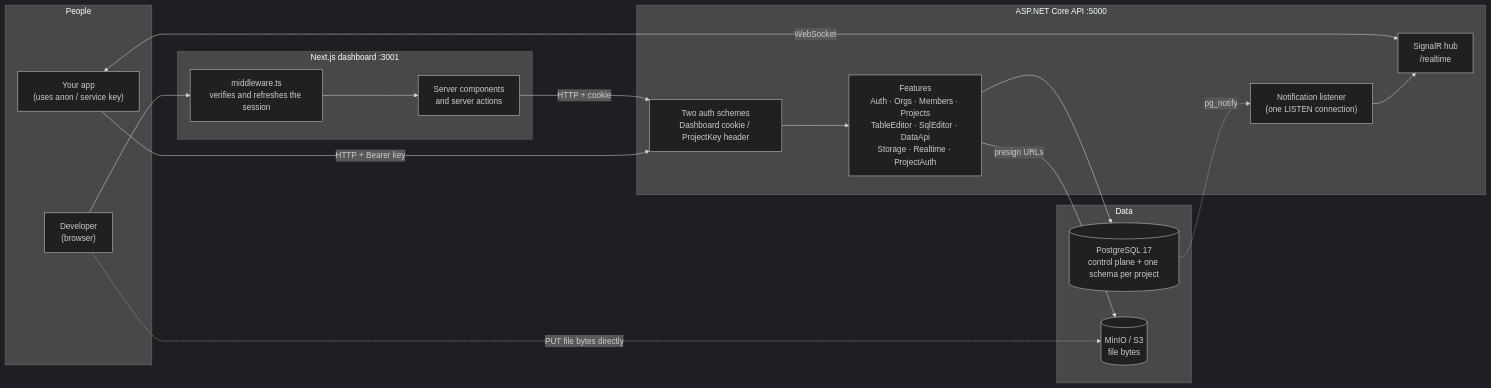
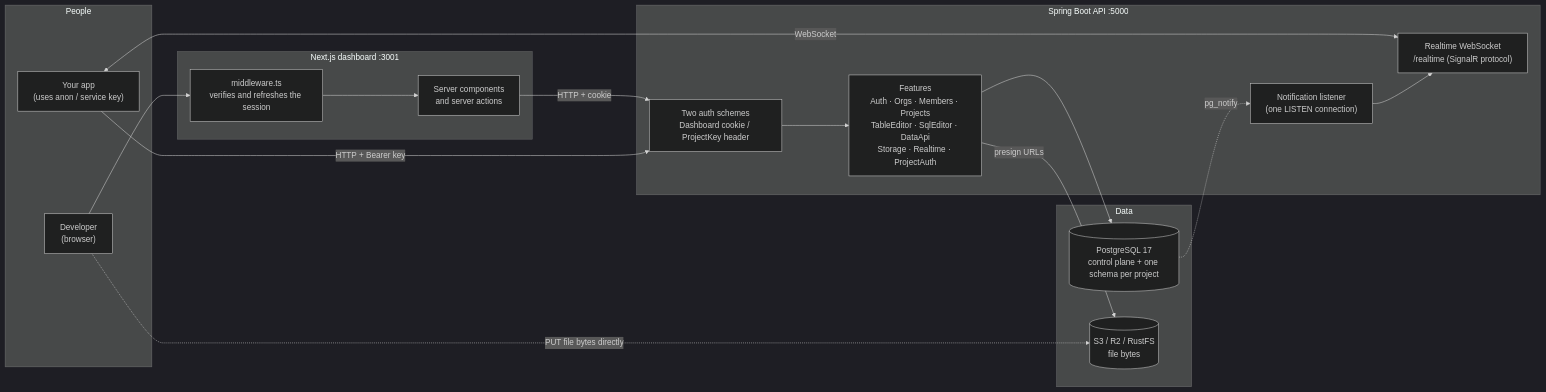
Before and after one commit to Ridzzz0Alam/supavolt: the first of 12 diagrams in README.md, drawn with Mermaid (dark theme). The commit also changed other lines of this file and 8 other files, not shown here.

````diff
--- a/README.md
+++ b/README.md
@@ -40,33 +41,33 @@
 ```mermaid
 flowchart LR
     subgraph People
         dev["Developer<br/>(browser)"]
         app["Your app<br/>(uses anon / service key)"]
     end
 
     subgraph Dashboard["Next.js dashboard :3001"]
         mw["middleware.ts<br/>verifies and refreshes the session"]
         pages["Server components<br/>and server actions"]
     end
 
-    subgraph API["ASP.NET Core API :5000"]
+    subgraph API["Spring Boot API :5000"]
         auth["Two auth schemes<br/>Dashboard cookie / ProjectKey header"]
         features["Features<br/>Auth · Orgs · Members · Projects<br/>TableEditor · SqlEditor · DataApi<br/>Storage · Realtime · ProjectAuth"]
-        hub["SignalR hub<br/>/realtime"]
+        hub["Realtime WebSocket<br/>/realtime (SignalR protocol)"]
         listener["Notification listener<br/>(one LISTEN connection)"]
     end
 
     subgraph Data
         pg[("PostgreSQL 17<br/>control plane + one schema per project")]
-        s3[("MinIO / S3<br/>file bytes")]
+        s3[("S3 / R2 / RustFS<br/>file bytes")]
     end
 
     dev --> mw --> pages -->|"HTTP + cookie"| auth
     app -->|"HTTP + Bearer key"| auth
     app <-->|"WebSocket"| hub
     auth --> features
     features --> pg
     features -->|"presign URLs"| s3
     dev -.->|"PUT file bytes directly"| s3
     pg -.->|"pg_notify"| listener --> hub
 ```
````
